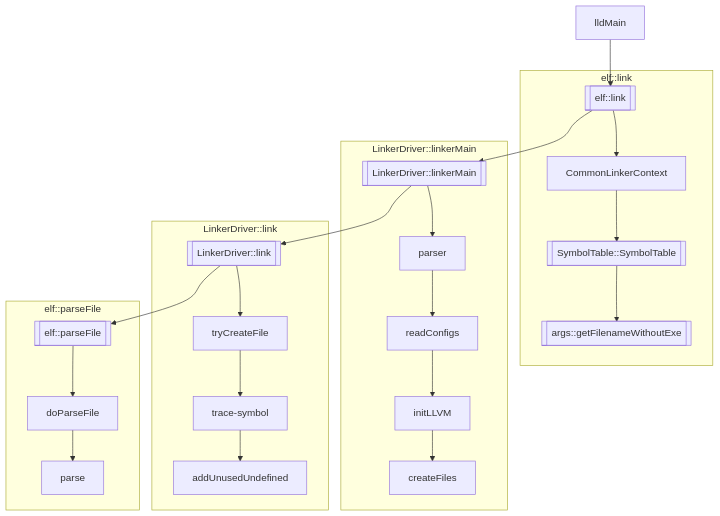
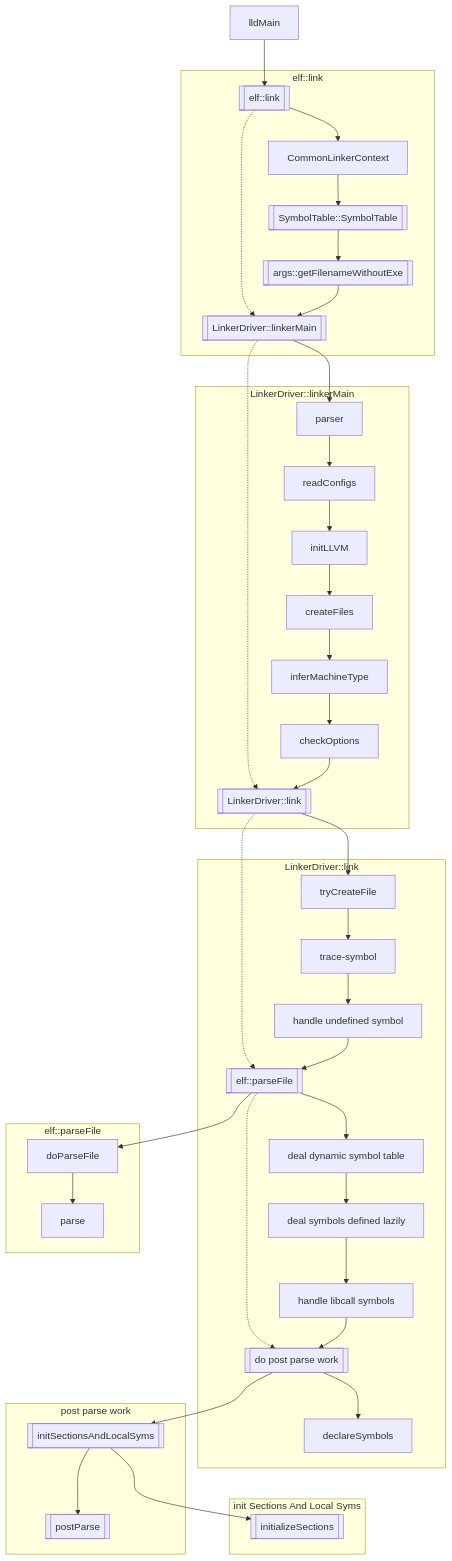
Before and after one commit to acelyb/MY-NOTE: the first of 2 diagrams in compiler/llvm-note.md, drawn with Mermaid. The commit also changed other lines of this file and 2 other files, not shown here.

Commit message:
llvm(lld): Amend lld note.

````diff
--- a/compiler/llvm-note.md
+++ b/compiler/llvm-note.md
@@ -9,27 +9,51 @@
 ```mermaid
 graph TD
     lldMain[lldMain] --> elflink[[elf::link]]
-    elflink --> LinkerDriverlinkerMain[[LinkerDriver::linkerMain]]
-    LinkerDriverlinkerMain --> LinkerDriverlink[[LinkerDriver::link]]
-    LinkerDriverlink --> elfparseFile[[elf::parseFile]]
+    elflink -.-> LinkerDriverlinkerMain[[LinkerDriver::linkerMain]]
+    LinkerDriverlinkerMain -.-> LinkerDriverlink[[LinkerDriver::link]]
+    LinkerDriverlink -.-> elfparseFile[[elf::parseFile]]
+    elfparseFile -.-> dopostparse[[do post parse work]]
+
     subgraph elf::link
-    elflink --> ctx[CommonLinkerContext]
-    ctx --> SymbolTable[[SymbolTable::SymbolTable]]
-    SymbolTable --> getFilenameWithoutExe[[args::getFilenameWithoutExe]]
+        elflink --> ctx[CommonLinkerContext]
+        ctx --> SymbolTable[[SymbolTable::SymbolTable]]
+        SymbolTable --> getFilenameWithoutExe[[args::getFilenameWithoutExe]]
+        getFilenameWithoutExe --> LinkerDriverlinkerMain
     end
+
     subgraph LinkerDriver::linkerMain
-    LinkerDriverlinkerMain --> parser
-    parser --> readConfigs
-    readConfigs --> initLLVM
-    initLLVM --> createFiles
+        LinkerDriverlinkerMain --> parser
+        parser --> readConfigs
+        readConfigs --> initLLVM
+        initLLVM --> createFiles
+        createFiles --> inferMachineType
+        inferMachineType --> checkOptions
+        checkOptions --> LinkerDriverlink
     end
+
     subgraph LinkerDriver::link
-    LinkerDriverlink --> tryCreateFile
-    tryCreateFile --> trace-symbol
-    trace-symbol --> addUnusedUndefined
+        LinkerDriverlink --> tryCreateFile
+        tryCreateFile --> trace-symbol
+        trace-symbol --> handleundefined[handle undefined symbol]
+        handleundefined --> elfparseFile
+        elfparseFile --> hasDynSymTab[deal dynamic symbol table]
+        hasDynSymTab --> deallazysymbol[deal symbols defined lazily]
+        deallazysymbol --> handleLibcall[handle libcall symbols]
+        handleLibcall --> dopostparse
+        dopostparse --> declareSymbols
     end
+
     subgraph elf::parseFile
-    elfparseFile --> doParseFile
-    doParseFile --> parse
+        elfparseFile --> doParseFile
+        doParseFile --> parse
+    end
+
+    subgraph post parse work
+        dopostparse --> initSectionsAndLocalSyms[[initSectionsAndLocalSyms]]
+        initSectionsAndLocalSyms --> postParse[[postParse]]
+    end
+
+    subgraph init Sections And Local Syms
+        initSectionsAndLocalSyms --> initializeSections[[initializeSections]]
     end
 ```
````
